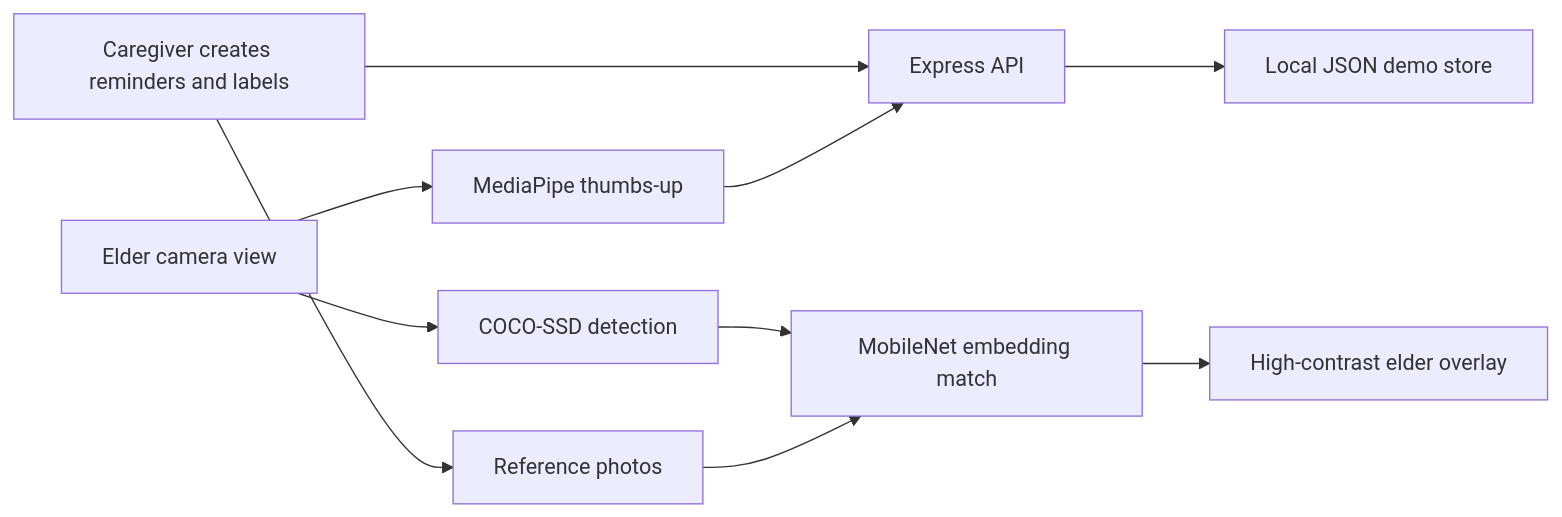
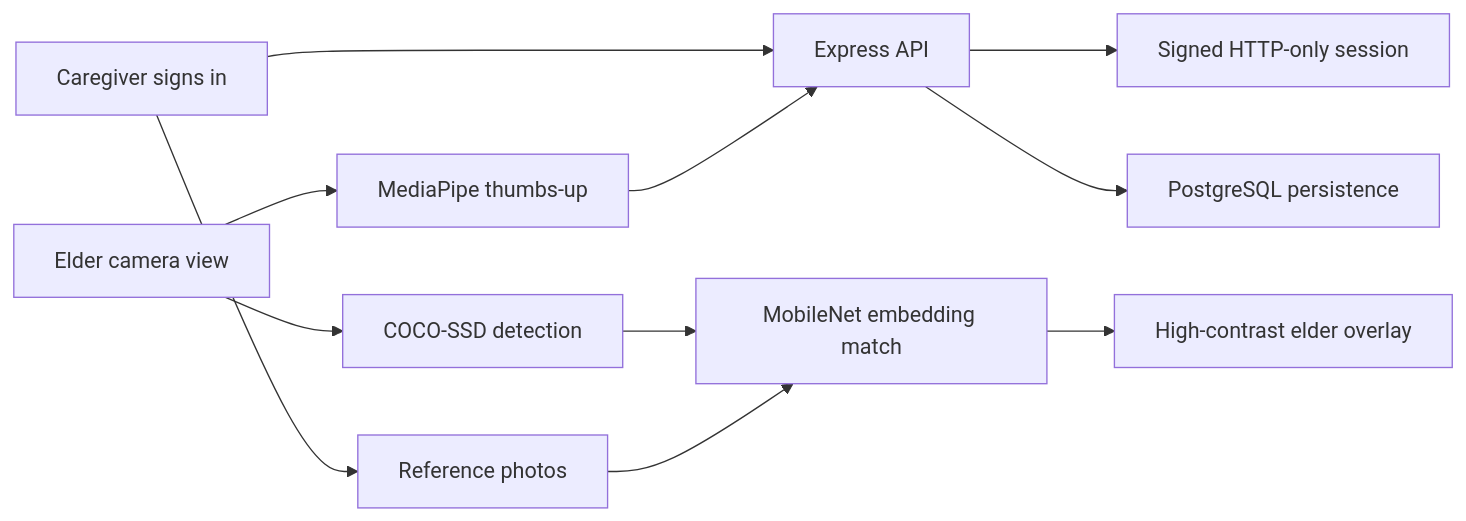
Before and after one commit to nguyenthevietquang07/eyes-open-dementia-care: the diagram in README.md, drawn with Mermaid. The commit also changed other lines of this file and 22 other files, not shown here.

````diff
--- a/README.md
+++ b/README.md
@@ -35,12 +38,13 @@
 ```mermaid
 flowchart LR
-  caregiver["Caregiver creates reminders and labels"] --> api["Express API"]
-  api --> store["Local JSON demo store"]
+  caregiver["Caregiver signs in"] --> api["Express API"]
+  api --> auth["Signed HTTP-only session"]
+  api --> postgres["PostgreSQL persistence"]
   caregiver --> labels["Reference photos"]
   camera["Elder camera view"] --> detect["COCO-SSD detection"]
   detect --> match["MobileNet embedding match"]
   labels --> match
   match --> overlay["High-contrast elder overlay"]
   camera --> gesture["MediaPipe thumbs-up"]
   gesture --> api
 ```
````
